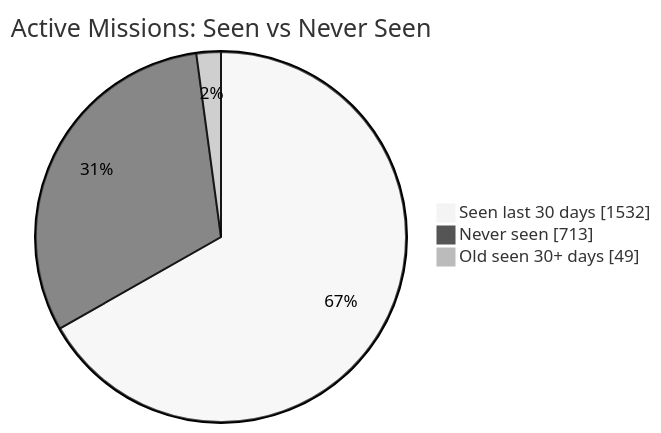
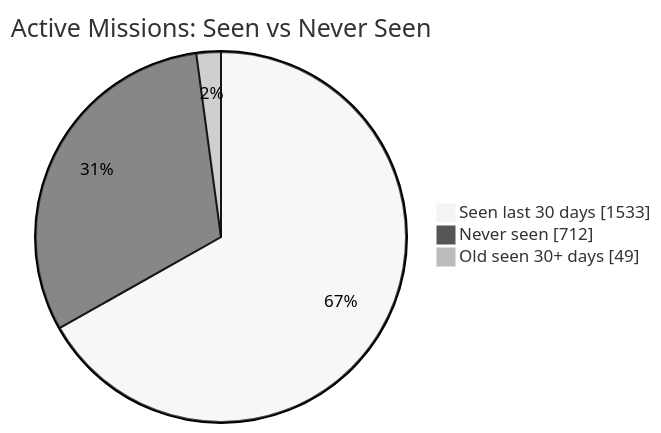
One commit to MeldkamerspelGameTeam/active-missions changed the first of 2 diagrams in README.md. Above: the diagram before and after it, drawn with Mermaid (neutral theme). The commit also changed other lines of this file and 2 other files, not shown here.

````diff
--- a/README.md
+++ b/README.md
@@ -34,7 +34,7 @@
 ```mermaid
 pie showData
     title Active Missions: Seen vs Never Seen
-    "Seen last 30 days" : 1532
-    "Never seen" : 713
+    "Seen last 30 days" : 1533
+    "Never seen" : 712
     "Old seen 30+ days" : 49
 ```
````
